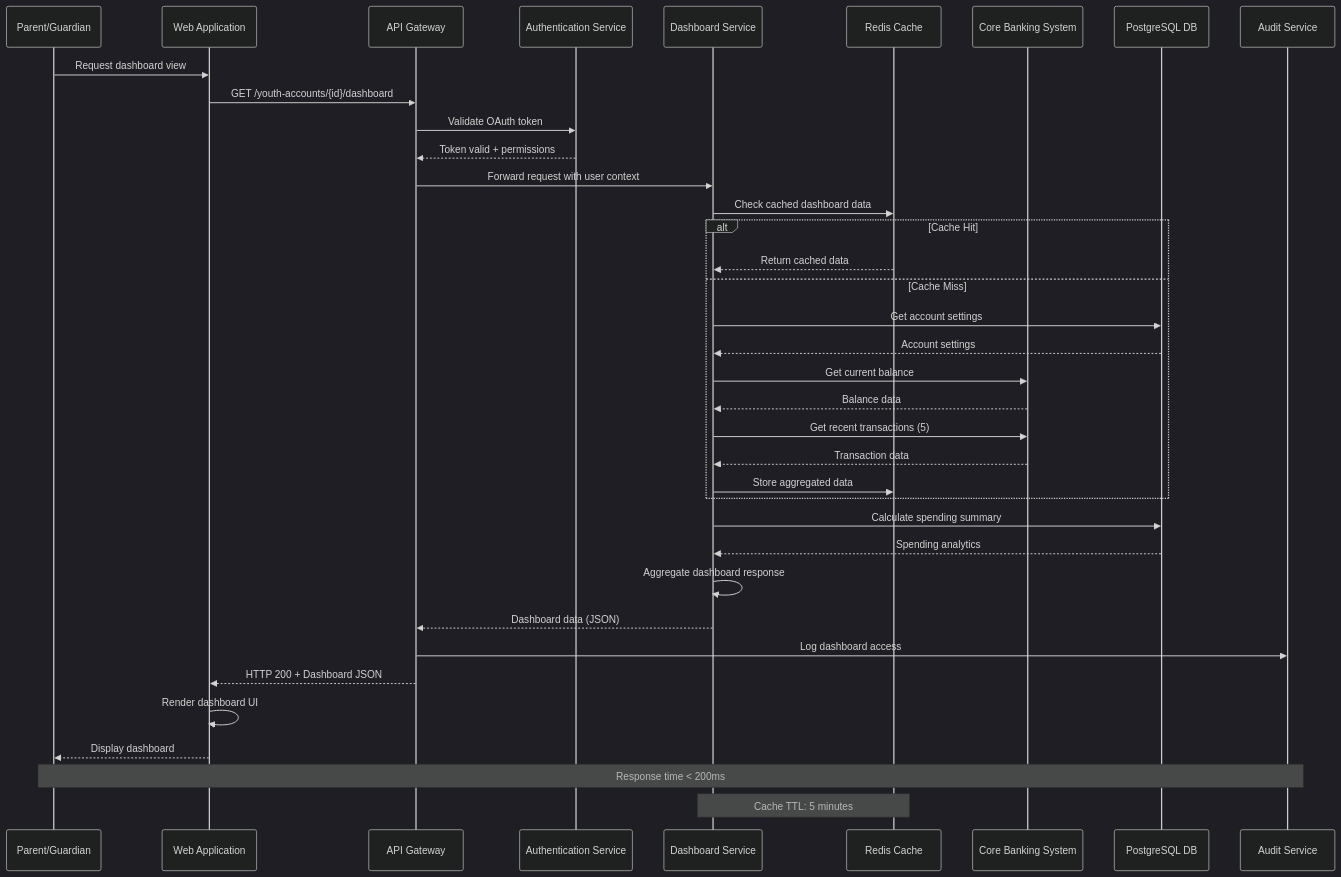
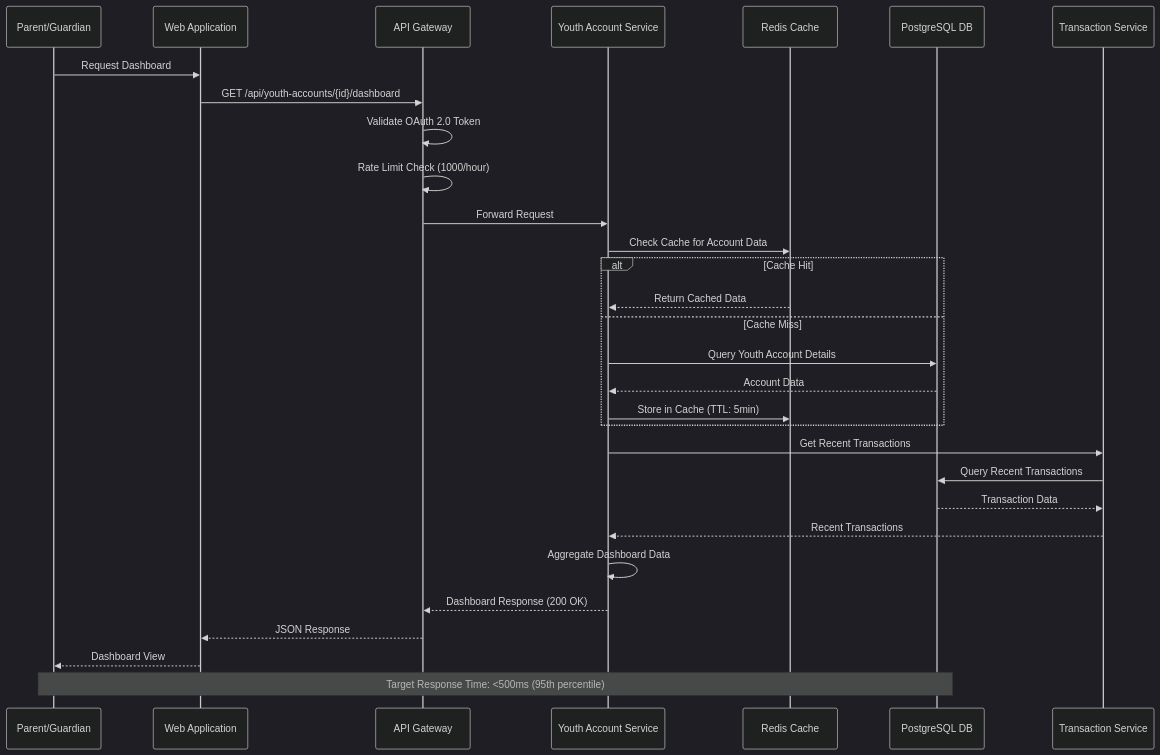
The first of 8 diagrams in API Development/Components and Sequence Diagrams/sequence_diagram.md (ThapaswiASC/SCIB-INCEPTION-PHASE-DEMO), drawn with Mermaid (dark theme) before and after one commit. The commit also changed other lines of this file and 1 other file, not shown here.

````diff
--- a/API Development/Components and Sequence Diagrams/sequence_diagram.md
+++ b/API Development/Components and Sequence Diagrams/sequence_diagram.md
@@ -14,43 +15,37 @@
 ```mermaid
 sequenceDiagram
     participant Parent as Parent/Guardian
     participant WebApp as Web Application
     participant APIGateway as API Gateway
-    participant AuthSvc as Authentication Service
-    participant DashboardSvc as Dashboard Service
+    participant YouthService as Youth Account Service
     participant Cache as Redis Cache
-    participant CoreBanking as Core Banking System
     participant Database as PostgreSQL DB
-    participant AuditSvc as Audit Service
-
-    Parent->>WebApp: Request dashboard view
-    WebApp->>APIGateway: GET /youth-accounts/{id}/dashboard
-    APIGateway->>AuthSvc: Validate OAuth token
-    AuthSvc-->>APIGateway: Token valid + permissions
-    APIGateway->>DashboardSvc: Forward request with user context
+    participant TransactionService as Transaction Service
     
-    DashboardSvc->>Cache: Check cached dashboard data
+    Parent->>WebApp: Request Dashboard
+    WebApp->>APIGateway: GET /api/youth-accounts/{id}/dashboard
+    APIGateway->>APIGateway: Validate OAuth 2.0 Token
+    APIGateway->>APIGateway: Rate Limit Check (1000/hour)
+    APIGateway->>YouthService: Forward Request
+    
+    YouthService->>Cache: Check Cache for Account Data
     alt Cache Hit
-        Cache-->>DashboardSvc: Return cached data
+        Cache-->>YouthService: Return Cached Data
     else Cache Miss
-        DashboardSvc->>Database: Get account settings
-        Database-->>DashboardSvc: Account settings
-        DashboardSvc->>CoreBanking: Get current balance
-        CoreBanking-->>DashboardSvc: Balance data
-        DashboardSvc->>CoreBanking: Get recent transactions (5)
-        CoreBanking-->>DashboardSvc: Transaction data
-        DashboardSvc->>Cache: Store aggregated data
+        YouthService->>Database: Query Youth Account Details
+        Database-->>YouthService: Account Data
+        YouthService->>Cache: Store in Cache (TTL: 5min)
     end
     
-    DashboardSvc->>Database: Calculate spending summary
-    Database-->>DashboardSvc: Spending analytics
-    DashboardSvc->>DashboardSvc: Aggregate dashboard response
-    DashboardSvc-->>APIGateway: Dashboard data (JSON)
-    APIGateway->>AuditSvc: Log dashboard access
-    APIGateway-->>WebApp: HTTP 200 + Dashboard JSON
-    WebApp->>WebApp: Render dashboard UI
-    WebApp-->>Parent: Display dashboard
-
-    Note over Parent,AuditSvc: Response time < 200ms
-    Note over DashboardSvc,Cache: Cache TTL: 5 minutes
+    YouthService->>TransactionService: Get Recent Transactions
+    TransactionService->>Database: Query Recent Transactions
+    Database-->>TransactionService: Transaction Data
+    TransactionService-->>YouthService: Recent Transactions
+    
+    YouthService->>YouthService: Aggregate Dashboard Data
+    YouthService-->>APIGateway: Dashboard Response (200 OK)
+    APIGateway-->>WebApp: JSON Response
+    WebApp-->>Parent: Dashboard View
+    
+    Note over Parent, Database: Target Response Time: <500ms (95th percentile)
 ```
````
